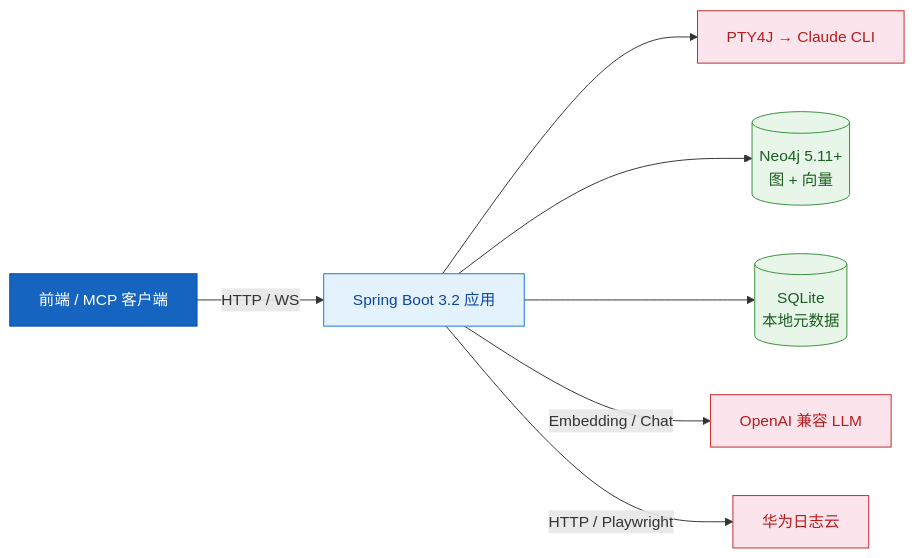
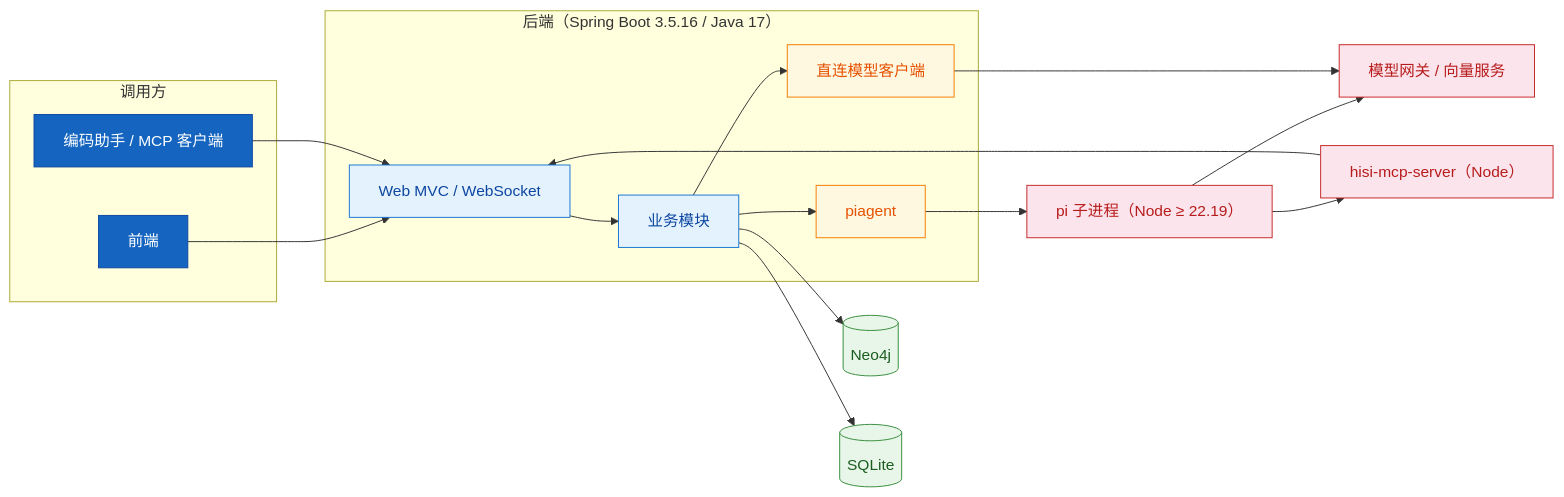
The first of 2 diagrams in hisi-dev-tool/docs/codewiki/01-项目概览/index.md (shenjiangchun/codeKnowledge), drawn with Mermaid before and after one commit. The commit also changed other lines of this file and 82 other files, not shown here.

````diff
--- a/hisi-dev-tool/docs/codewiki/01-项目概览/index.md
+++ b/hisi-dev-tool/docs/codewiki/01-项目概览/index.md
@@ -59,22 +70,37 @@
 ```mermaid
 flowchart LR
-    Client["前端 / MCP 客户端"]:::entry
-    SB["Spring Boot 3.2 应用"]:::process
-    PTY["PTY4J → Claude CLI"]:::ext
-    Neo4j[("Neo4j 5.11+\n图 + 向量")]:::data
-    SQLite[("SQLite\n本地元数据")]:::data
-    LLM["OpenAI 兼容 LLM"]:::ext
-    LogCloud["华为日志云"]:::ext
+    subgraph CLIENT["调用方"]
+        FE["前端"]:::entry
+        MC["编码助手 / MCP 客户端"]:::entry
+    end
+    subgraph BACKEND["后端（Spring Boot 3.5.16 / Java 17）"]
+        WEB["Web MVC / WebSocket"]:::process
+        BIZ["业务模块"]:::process
+        PIA["piagent"]:::proc2
+        DIR["直连模型客户端"]:::proc2
+    end
+    PI["pi 子进程（Node ≥ 22.19）"]:::ext
+    MCPS["hisi-mcp-server（Node）"]:::ext
+    NEO[("Neo4j")]:::data
+    SQL[("SQLite")]:::data
+    LLM["模型网关 / 向量服务"]:::ext
 
-    Client -->|HTTP / WS| SB
-    SB --> PTY
-    SB --> Neo4j
-    SB --> SQLite
-    SB -->|Embedding / Chat| LLM
-    SB -->|HTTP / Playwright| LogCloud
+    FE --> WEB
+    MC --> WEB
+    WEB --> BIZ
+    BIZ --> PIA
+    BIZ --> DIR
+    BIZ --> NEO
+    BIZ --> SQL
+    PIA --> PI
+    PI --> LLM
+    PI --> MCPS
+    MCPS --> WEB
+    DIR --> LLM
 
     classDef entry fill:#1565c0,stroke:#0d47a1,color:#fff
     classDef process fill:#e3f2fd,stroke:#1976d2,color:#0d47a1
+    classDef proc2 fill:#fff8e1,stroke:#f57c00,color:#e65100
     classDef data fill:#e8f5e9,stroke:#388e3c,color:#1b5e20
     classDef ext fill:#fce4ec,stroke:#c62828,color:#b71c1c
 ```
````
